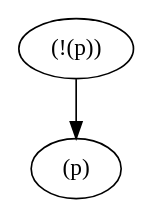
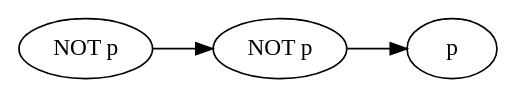
Before and after one commit to sarvaryk/Comb: the diagram in comb.examples/evaluateShortestSatisfyingTrace.dot, drawn with Graphviz. The commit also changed 3 other files, not shown here.

First line of the commit message:
Updating the graphical representation

```diff
--- a/comb.examples/evaluateShortestSatisfyingTrace.dot
+++ b/comb.examples/evaluateShortestSatisfyingTrace.dot
@@ -1,4 +1,5 @@
 digraph {
-	"0"[label="(!(p))"] "1"[label="(p)"]
-	0 -> 1
+	rankdir="LR";
+	"0"[label="NOT p"] "1"[label="NOT p"] "2"[label="p"]
+	0 -> 1 -> 2
 }
```
